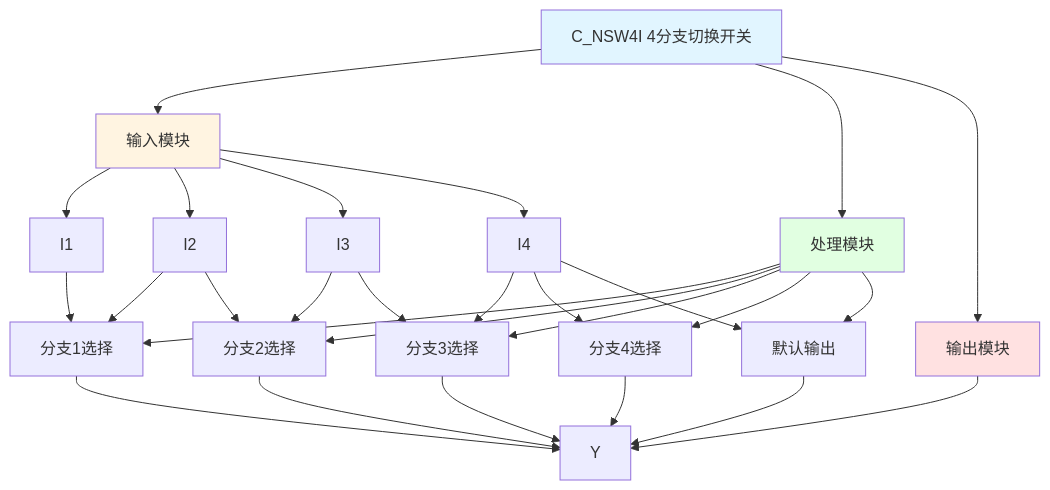
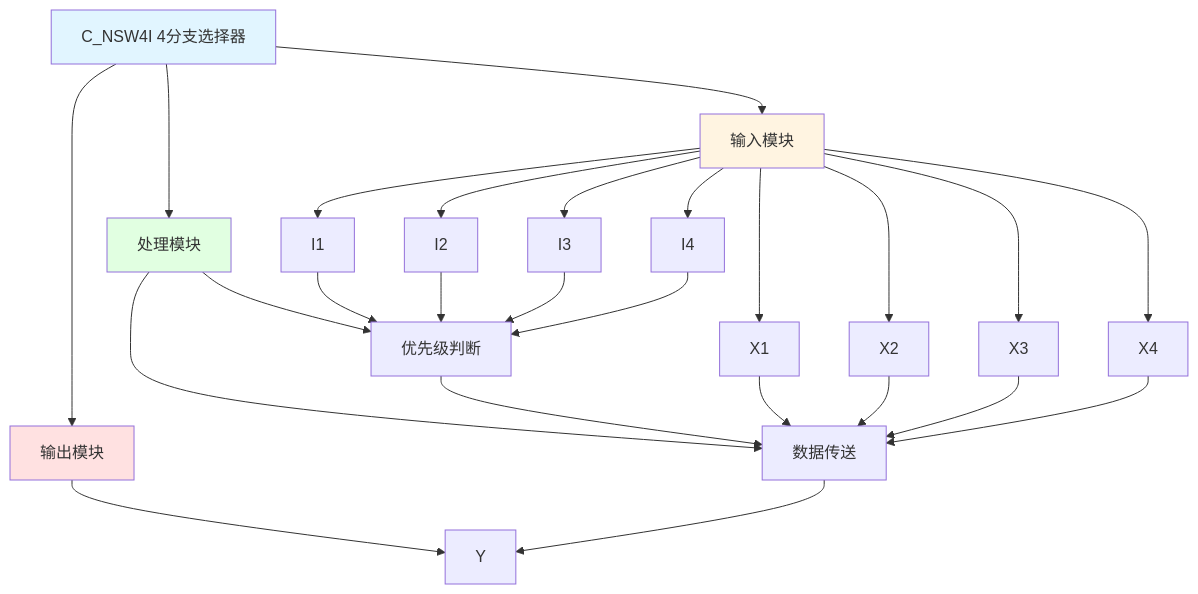
The diagram in C_NSW4I_分析报告.md (dlgt6/c), drawn with Mermaid before and after one commit. The commit also changed other lines of this file and 46 other files, not shown here.

````diff
--- a/C_NSW4I_分析报告.md
+++ b/C_NSW4I_分析报告.md
@@ -19,38 +32,36 @@
 ```mermaid
 graph TD
-    A[C_NSW4I 4分支切换开关] --> B[输入模块]
+    A[C_NSW4I 4分支选择器] --> B[输入模块]
     A --> C[处理模块]
     A --> D[输出模块]
     
-    B --> B1[I1]
-    B --> B2[I2]
-    B --> B3[I3]
-    B --> B4[I4]
+    B --> B1[X1]
+    B --> B2[X2]
+    B --> B3[X3]
+    B --> B4[X4]
+    B --> B5[I1]
+    B --> B6[I2]
+    B --> B7[I3]
+    B --> B8[I4]
     
-    C --> C1[分支1选择]
-    C --> C2[分支2选择]
-    C --> C3[分支3选择]
-    C --> C4[分支4选择]
-    C --> C5[默认输出]
+    C --> C1[优先级判断]
+    C --> C2[数据传送]
     
     D --> D1[Y]
     
-    B1 --> C1
-    B2 --> C1
+    B5 --> C1
+    B6 --> C1
+    B7 --> C1
+    B8 --> C1
+    C1 --> C2
+    B1 --> C2
     B2 --> C2
     B3 --> C2
-    B3 --> C3
-    B4 --> C3
-    B4 --> C4
-    B4 --> C5
-    C1 --> D1
+    B4 --> C2
     C2 --> D1
-    C3 --> D1
-    C4 --> D1
-    C5 --> D1
     
     style A fill:#e1f5ff
     style B fill:#fff4e1
     style C fill:#e1ffe1
     style D fill:#ffe1e1
 ```
````
